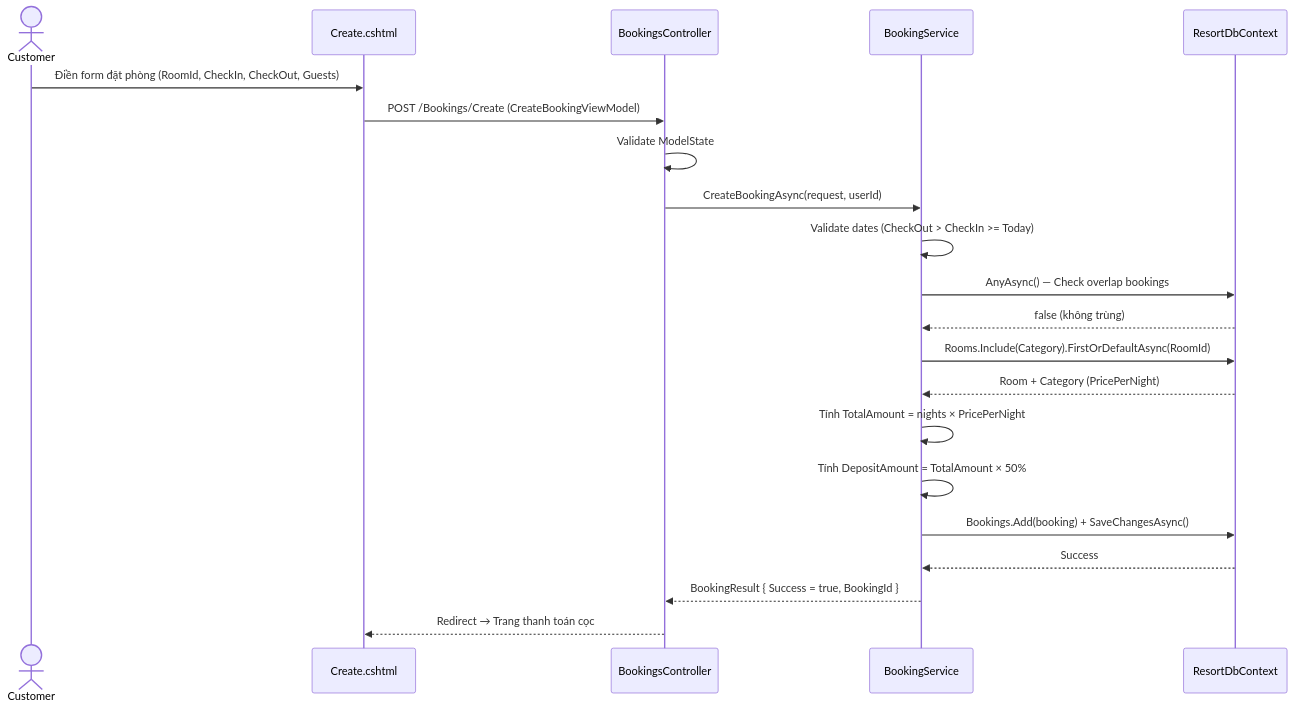
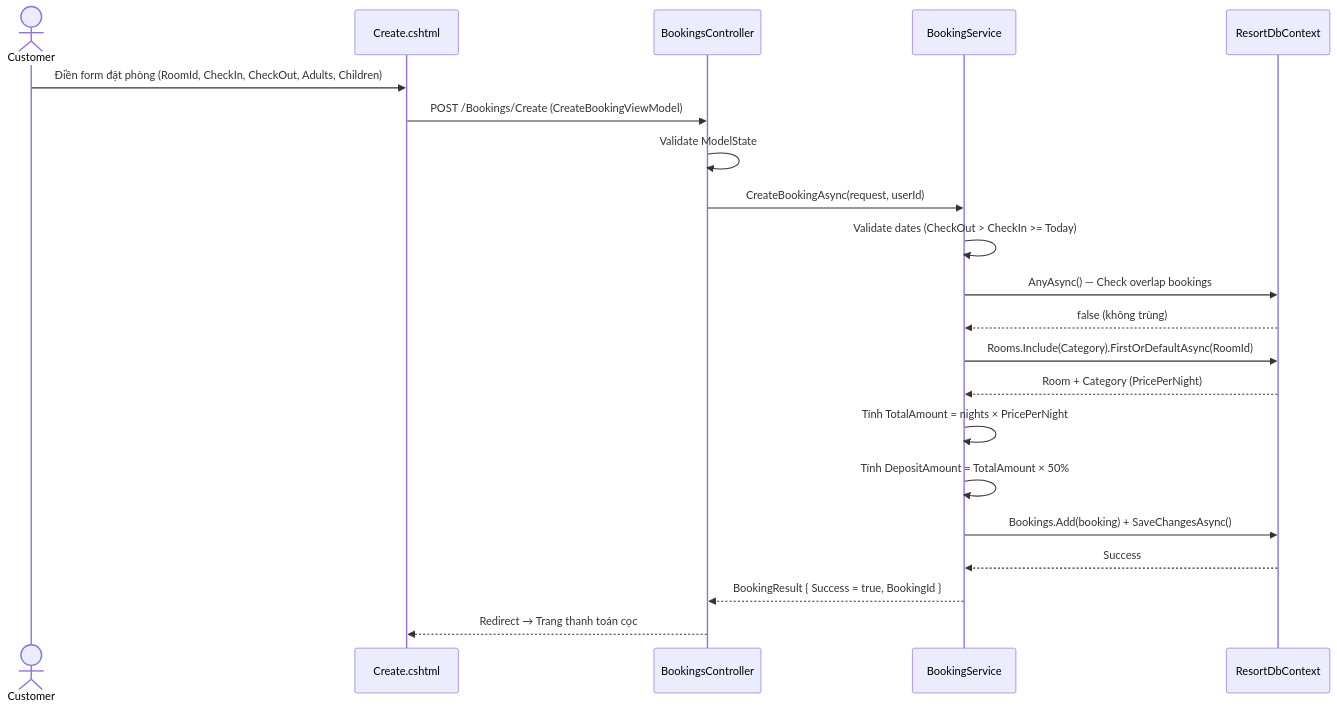
Before and after one commit to mkhanhs204/resort-management-system: the second of 4 diagrams in 03_implement/EDS_RoomBooking.md, drawn with Mermaid. The commit also changed other lines of this file and 45 other files, not shown here.

````diff
--- a/03_implement/EDS_RoomBooking.md
+++ b/03_implement/EDS_RoomBooking.md
@@ -283,24 +308,24 @@
 ```mermaid
 sequenceDiagram
     actor Customer
     participant View as Create.cshtml
     participant Controller as BookingsController
     participant Service as BookingService
     participant DB as ResortDbContext
 
-    Customer->>View: Điền form đặt phòng (RoomId, CheckIn, CheckOut, Guests)
+    Customer->>View: Điền form đặt phòng (RoomId, CheckIn, CheckOut, Adults, Children)
     View->>Controller: POST /Bookings/Create (CreateBookingViewModel)
     Controller->>Controller: Validate ModelState
     Controller->>Service: CreateBookingAsync(request, userId)
     Service->>Service: Validate dates (CheckOut > CheckIn >= Today)
     Service->>DB: AnyAsync() — Check overlap bookings
     DB-->>Service: false (không trùng)
     Service->>DB: Rooms.Include(Category).FirstOrDefaultAsync(RoomId)
     DB-->>Service: Room + Category (PricePerNight)
     Service->>Service: Tính TotalAmount = nights × PricePerNight
     Service->>Service: Tính DepositAmount = TotalAmount × 50%
     Service->>DB: Bookings.Add(booking) + SaveChangesAsync()
     DB-->>Service: Success
     Service-->>Controller: BookingResult { Success = true, BookingId }
     Controller-->>View: Redirect → Trang thanh toán cọc
 ```
````
